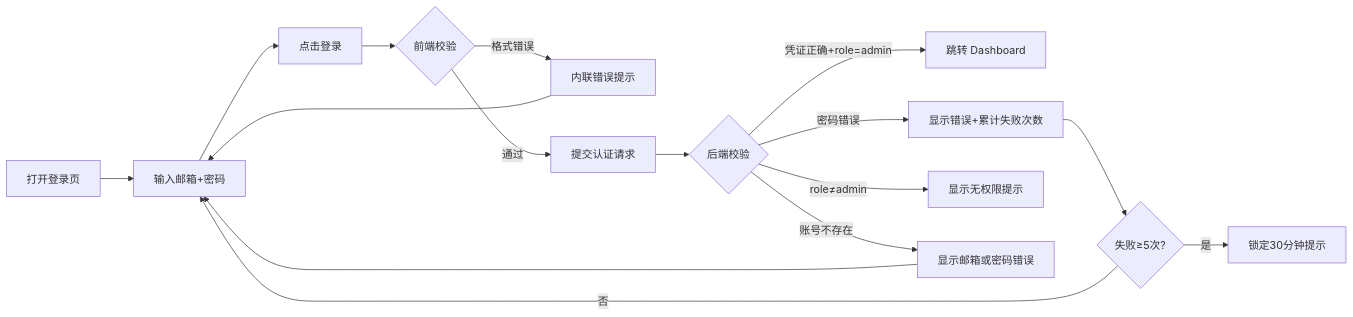
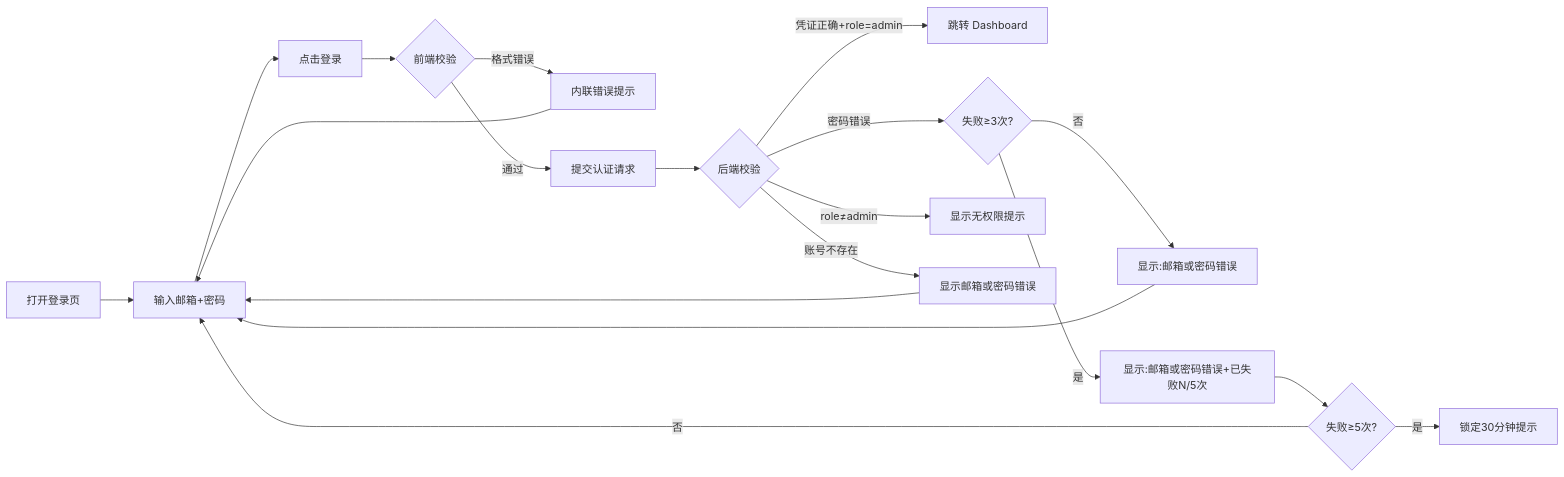
One commit to foryou2026/chinese changed the first of 4 diagrams in docs/C02-ia-interaction/admin/auth/account-entry/02-flows.md. Above: the diagram before and after it, drawn with Mermaid. The commit also changed 29 other files, not shown here.

````diff
--- a/docs/C02-ia-interaction/admin/auth/account-entry/02-flows.md
+++ b/docs/C02-ia-interaction/admin/auth/account-entry/02-flows.md
@@ -7,18 +7,21 @@
 ```mermaid
 flowchart LR
   A1[打开登录页] --> B1[输入邮箱+密码]
   B1 --> C1[点击登录]
   C1 --> D1{前端校验}
   D1 -->|格式错误| E1[内联错误提示]
   E1 --> B1
   D1 -->|通过| F1[提交认证请求]
   F1 --> G1{后端校验}
   G1 -->|凭证正确+role=admin| H1[跳转 Dashboard]
-  G1 -->|密码错误| I1[显示错误+累计失败次数]
-  I1 --> J1{失败≥5次?}
+  G1 -->|密码错误| I1{失败≥3次?}
+  I1 -->|否| I1a[显示:邮箱或密码错误]
+  I1a --> B1
+  I1 -->|是| I1b[显示:邮箱或密码错误+已失败N/5次]
+  I1b --> J1{失败≥5次?}
   J1 -->|是| K1[锁定30分钟提示]
   J1 -->|否| B1
   G1 -->|role≠admin| L1[显示无权限提示]
   G1 -->|账号不存在| M1[显示邮箱或密码错误]
   M1 --> B1
 ```
````
